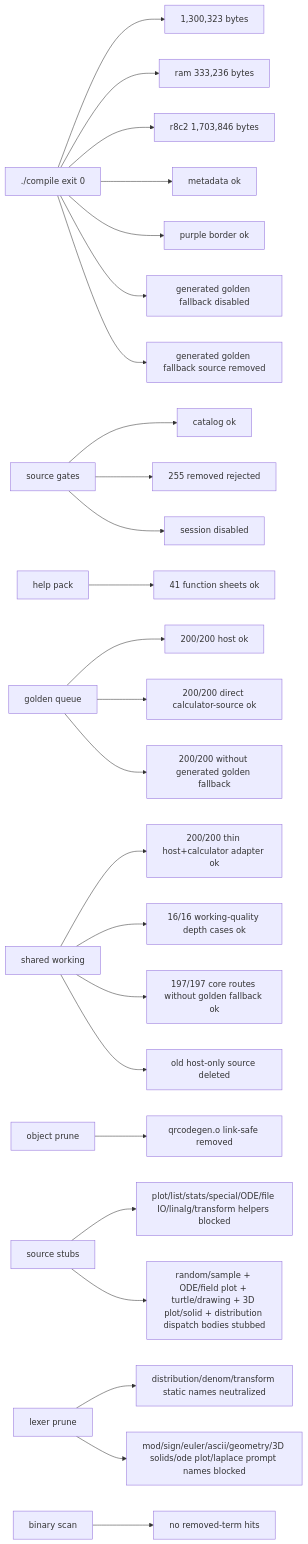
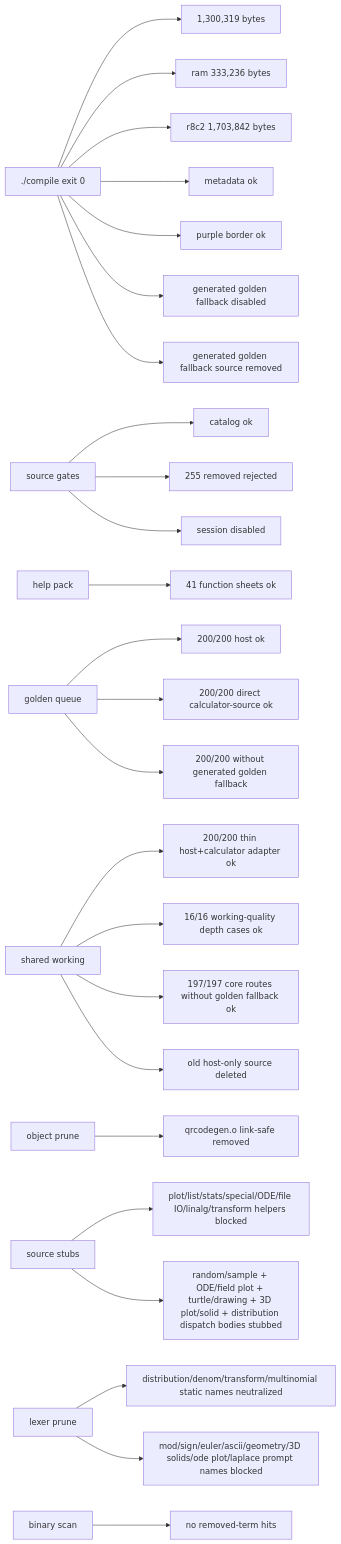
Before and after one commit to james8464/notes-addin-casio-fx-cg50: the seventh of 7 diagrams in docs/GRAPH.md, drawn with Mermaid. The commit also changed other lines of this file and 6 other files, not shown here.

Commit message:
prune: hide multinomial static names

````diff
--- a/docs/GRAPH.md
+++ b/docs/GRAPH.md
@@ -166,27 +168,27 @@
 ```mermaid
 graph LR
-  Build["./compile exit 0"] --> Size["1,300,323 bytes"]
+  Build["./compile exit 0"] --> Size["1,300,319 bytes"]
   Build --> Ram["ram 333,236 bytes"]
-  Build --> R8C2["r8c2 1,703,846 bytes"]
+  Build --> R8C2["r8c2 1,703,842 bytes"]
   Build --> Meta["metadata ok"]
   Build --> Border["purple border ok"]
   Build --> NoRuntimeFallback["generated golden fallback disabled"]
   Build --> NoRuntimeSource["generated golden fallback source removed"]
   Source["source gates"] --> Catalog["catalog ok"]
   Source --> Removed["255 removed rejected"]
   Source --> Session["session disabled"]
   Help["help pack"] --> HelpQ["41 function sheets ok"]
   Queue["golden queue"] --> QueueRun["200/200 host ok"]
   Queue --> GoldenRun["200/200 direct calculator-source ok"]
   Queue --> NoGolden["200/200 without generated golden fallback"]
   Shared["shared working"] --> SharedRun["200/200 thin host+calculator adapter ok"]
   Shared --> WorkQ["16/16 working-quality depth cases ok"]
   Shared --> CoreRun["197/197 core routes without golden fallback ok"]
   Shared --> NoHostSrc["old host-only source deleted"]
   Obj["object prune"] --> QR["qrcodegen.o link-safe removed"]
   Macro["source stubs"] --> Stubbed["plot/list/stats/special/ODE/file IO/linalg/transform helpers blocked"]
   Macro --> RuntimeStubbed["random/sample + ODE/field plot + turtle/drawing + 3D plot/solid + distribution dispatch bodies stubbed"]
-  Static["lexer prune"] --> StaticRun["distribution/denom/transform static names neutralized"]
+  Static["lexer prune"] --> StaticRun["distribution/denom/transform/multinomial static names neutralized"]
   Static --> PromptRun["mod/sign/euler/ascii/geometry/3D solids/ode plot/laplace prompt names blocked"]
   Bin["binary scan"] --> NoLeak["no removed-term hits"]
 ```
````
